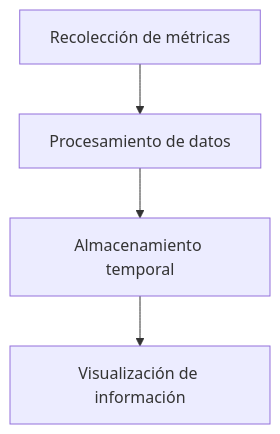
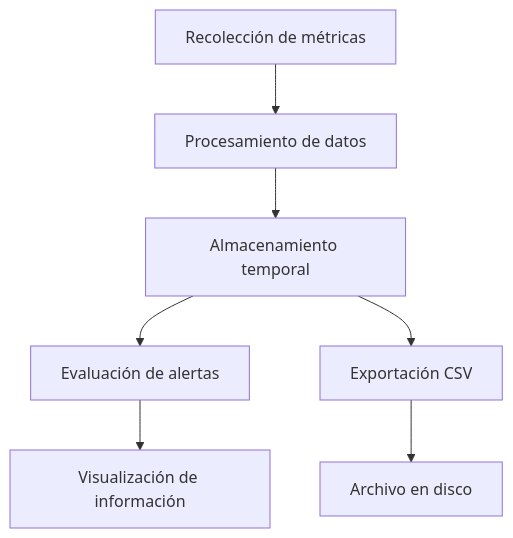
The diagram in docs/flujo-datos.md (sis-inf/pulso), drawn with Mermaid before and after one commit. The commit also changed other lines of this file, not shown here.

Commit message:
Actualiza flujo de datos con pipeline de alertas

````diff
--- a/docs/flujo-datos.md
+++ b/docs/flujo-datos.md
@@ -60,6 +93,9 @@
 ```mermaid
 flowchart TD
     A[Recolección de métricas] --> B[Procesamiento de datos]
     B --> C[Almacenamiento temporal]
-    C --> D[Visualización de información]
-```   
+    C --> D[Evaluación de alertas]
+    D --> E[Visualización de información]
+    C --> F[Exportación CSV]
+    F --> G[Archivo en disco]
+```
````
